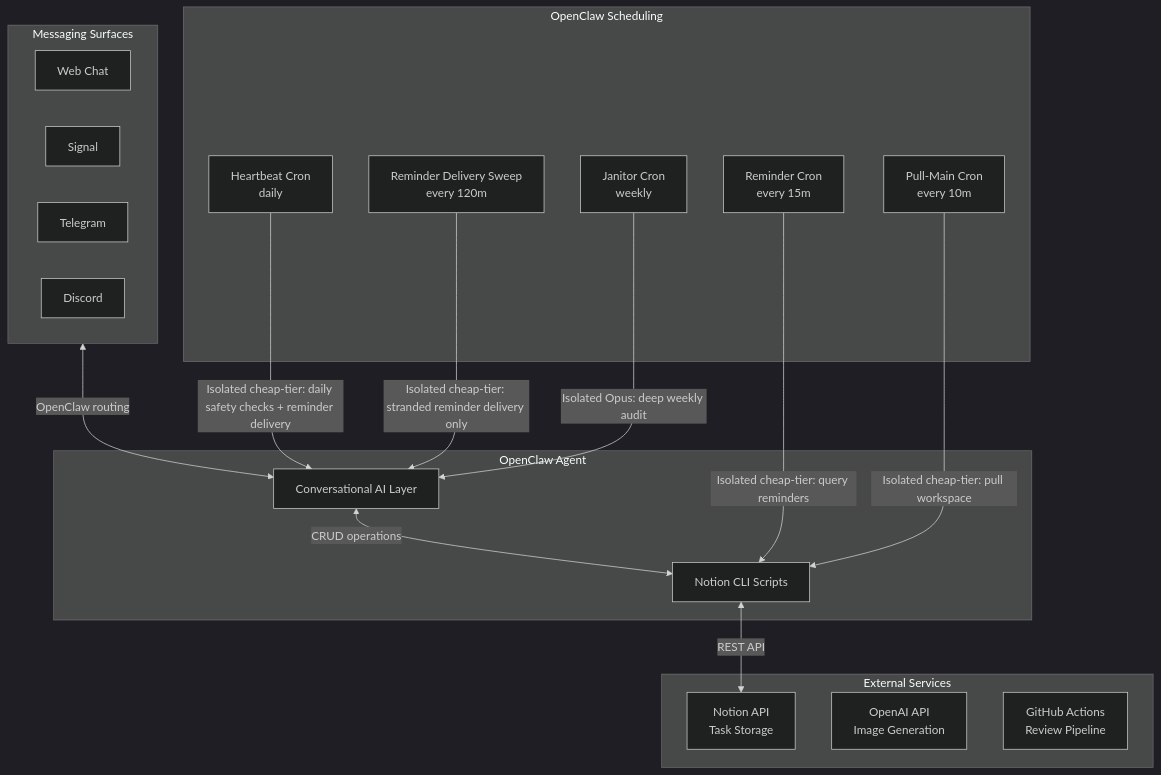
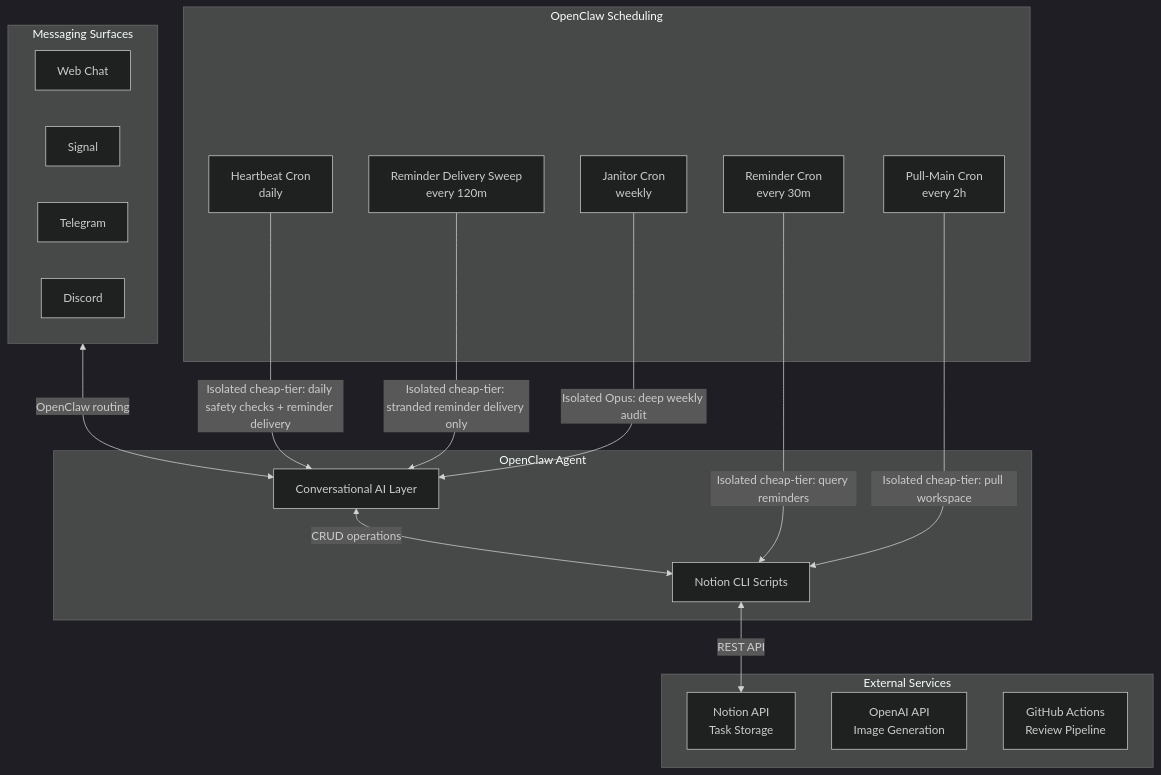
The first of 6 diagrams in docs/architecture.md (NickBorgersProbably/hide-my-list), drawn with Mermaid (dark theme) before and after one commit. The commit also changed other lines of this file and 11 other files, not shown here.

````diff
--- a/docs/architecture.md
+++ b/docs/architecture.md
@@ -16,37 +16,37 @@
 ```mermaid
 flowchart TB
     subgraph Agent["OpenClaw Agent"]
         AI[Conversational AI Layer]
         Scripts[Notion CLI Scripts]
     end
 
     subgraph Scheduling["OpenClaw Scheduling"]
         HeartbeatCron[Heartbeat Cron<br/>daily]
         DeliverySweepCron[Reminder Delivery Sweep<br/>every 120m]
         JanitorCron[Janitor Cron<br/>weekly]
-        ReminderCron[Reminder Cron<br/>every 15m]
-        PullMainCron[Pull-Main Cron<br/>every 10m]
+        ReminderCron[Reminder Cron<br/>every 30m]
+        PullMainCron[Pull-Main Cron<br/>every 2h]
     end
 
     subgraph Messaging["Messaging Surfaces"]
         Web[Web Chat]
         Signal[Signal]
         Telegram[Telegram]
         Discord[Discord]
     end
 
     subgraph External["External Services"]
         Notion[Notion API<br/>Task Storage]
         OpenAI[OpenAI API<br/>Image Generation]
         GitHub[GitHub Actions<br/>Review Pipeline]
     end
 
     Messaging <-->|OpenClaw routing| AI
     AI <-->|CRUD operations| Scripts
     Scripts <-->|REST API| Notion
     ReminderCron -->|Isolated cheap-tier: query reminders| Scripts
     PullMainCron -->|Isolated cheap-tier: pull workspace| Scripts
     HeartbeatCron -->|Isolated cheap-tier: daily safety checks + reminder delivery| AI
     DeliverySweepCron -->|Isolated cheap-tier: stranded reminder delivery only| AI
     JanitorCron -->|Isolated Opus: deep weekly audit| AI
 ```
````
